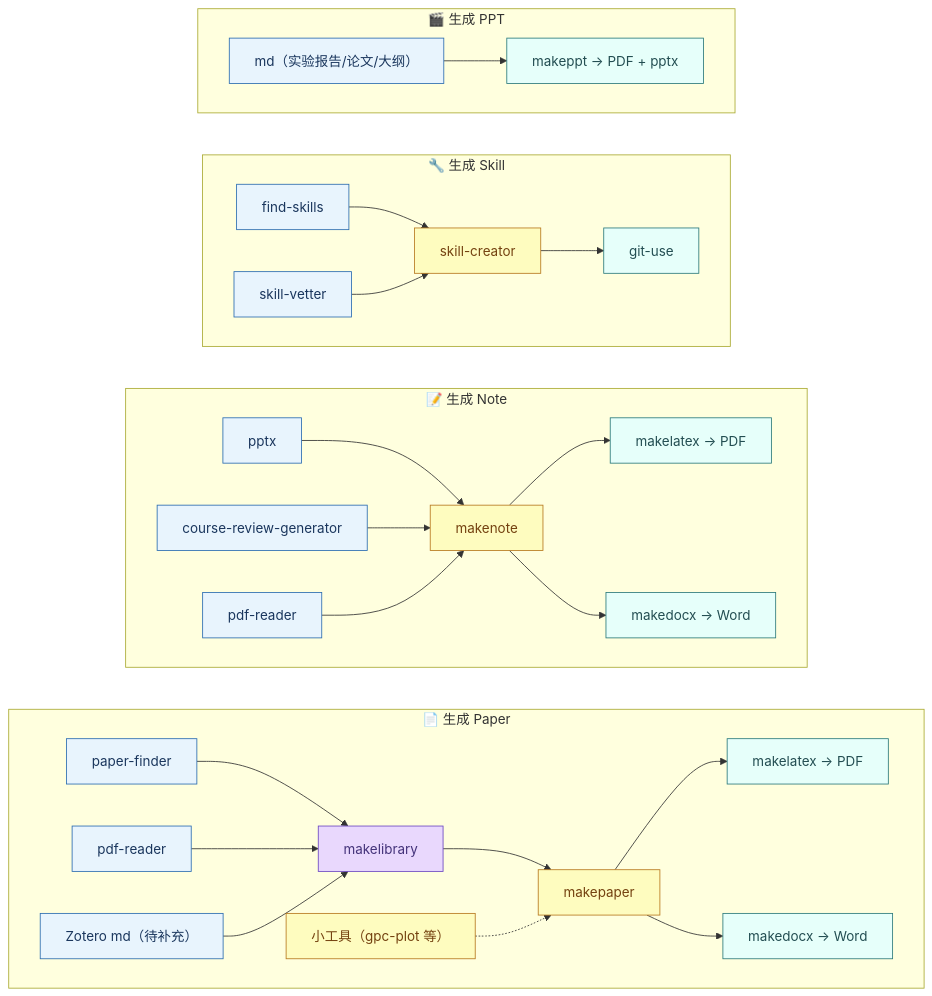
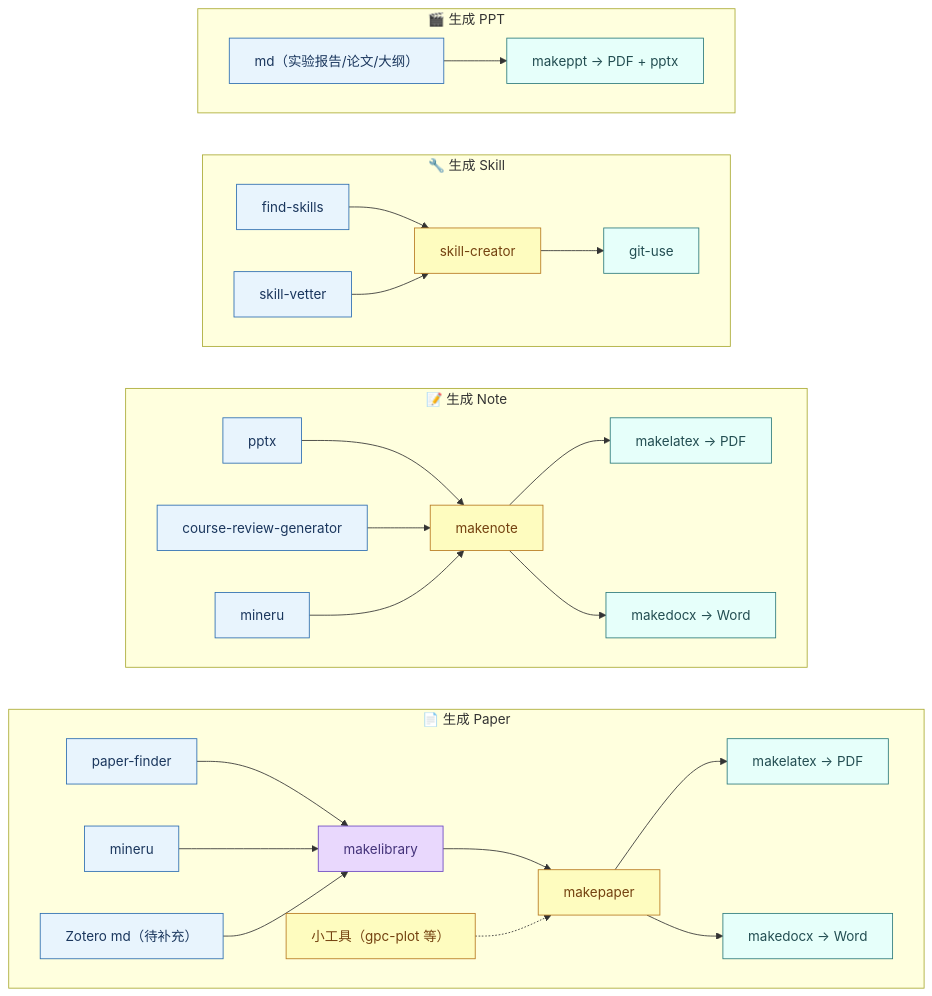
One commit to han90059005/han-skills changed the diagram in README.md. Above: the diagram before and after it, drawn with Mermaid. The commit also changed other lines of this file and 14 other files, not shown here.

First line of the commit message:
feat: 新增 mineru 技能，移除 pdf-reader

````diff
--- a/README.md
+++ b/README.md
@@ -25,39 +25,39 @@
 ```mermaid
 flowchart LR
     classDef src fill:#e8f4fd,stroke:#2b6cb0,color:#1a365d
     classDef core fill:#fefcbf,stroke:#b7791f,color:#744210
     classDef out fill:#e6fffa,stroke:#2c7a7b,color:#234e52
     classDef lib fill:#e9d8fd,stroke:#6b46c1,color:#44337a
 
     subgraph P["📄 生成 Paper"]
         direction LR
         PF["paper-finder"]:::src --> ML["makelibrary"]:::lib
-        PR["pdf-reader"]:::src --> ML
+        PR["mineru"]:::src --> ML
         ZM["Zotero md（待补充）"]:::src --> ML
         ML --> MP["makepaper"]:::core
         TL["小工具（gpc-plot 等）"]:::core -.-> MP
         MP --> ML1["makelatex → PDF"]:::out
         MP --> PD1["makedocx → Word"]:::out
     end
 
     subgraph N["📝 生成 Note"]
         direction LR
         PT["pptx"]:::src --> MN["makenote"]:::core
         CR["course-review-generator"]:::src --> MN
-        PR2["pdf-reader"]:::src --> MN
+        PR2["mineru"]:::src --> MN
         MN --> ML2["makelatex → PDF"]:::out
         MN --> PD2["makedocx → Word"]:::out
     end
 
     subgraph S["🔧 生成 Skill"]
         direction LR
         FS["find-skills"]:::src --> SC["skill-creator"]:::core
         SV["skill-vetter"]:::src --> SC
         SC --> GU["git-use"]:::out
     end
 
     subgraph PP["🎬 生成 PPT"]
         direction LR
         MD["md（实验报告/论文/大纲）"]:::src --> MKP["makeppt → PDF + pptx"]:::out
     end
 ```
````
